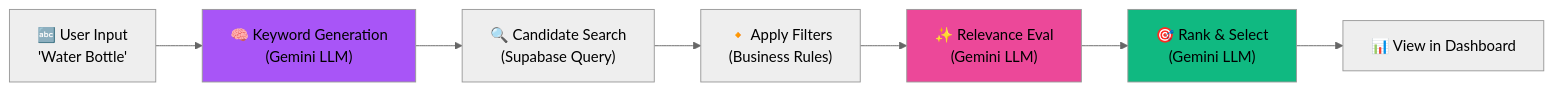
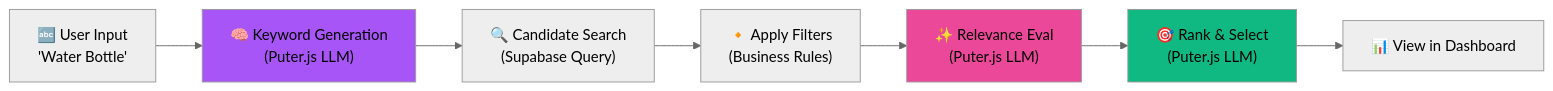
Before and after one commit to AtharvRG/glassbox: the fifth of 6 diagrams in README.md, drawn with Mermaid (neutral theme). The commit also changed other lines of this file and 8 other files, not shown here.

Commit message:
feat: add product search demo with Supabase, Puter.js LLM integration, GlassBox tracing, and new UI styles.

````diff
--- a/README.md
+++ b/README.md
@@ -406,13 +410,13 @@
 ```mermaid
 flowchart LR
-    A["🔤 User Input<br/>'Water Bottle'"] --> B["🧠 Keyword Generation<br/>(Gemini LLM)"]
+    A["🔤 User Input<br/>'Water Bottle'"] --> B["🧠 Keyword Generation<br/>(Puter.js LLM)"]
     B --> C["🔍 Candidate Search<br/>(Supabase Query)"]
     C --> D["🔸 Apply Filters<br/>(Business Rules)"]
-    D --> E["✨ Relevance Eval<br/>(Gemini LLM)"]
-    E --> F["🎯 Rank & Select<br/>(Gemini LLM)"]
+    D --> E["✨ Relevance Eval<br/>(Puter.js LLM)"]
+    E --> F["🎯 Rank & Select<br/>(Puter.js LLM)"]
     F --> G["📊 View in Dashboard"]
 
     style B fill:#a855f7
     style E fill:#ec4899
     style F fill:#10b981
 ```
````
